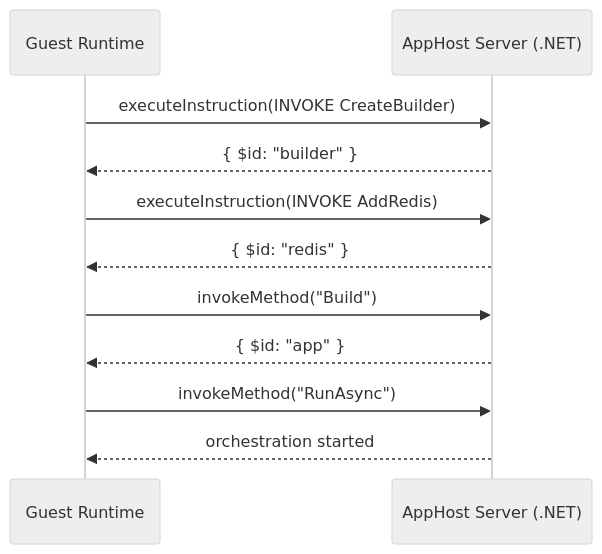
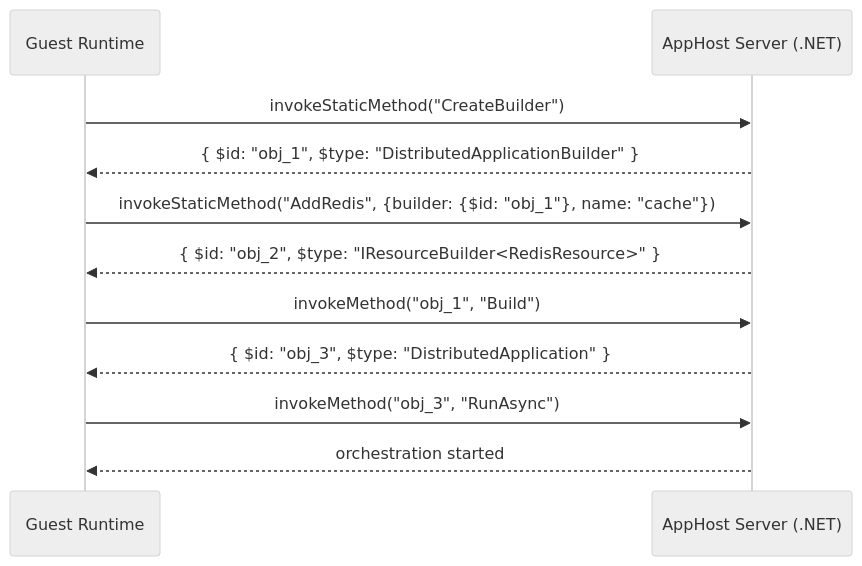
The second of 3 diagrams in docs/specs/polyglot-apphost.md (dotnet/aspire), drawn with Mermaid (neutral theme) before and after one commit. The commit also changed other lines of this file and 7 other files, not shown here.

````diff
--- a/docs/specs/polyglot-apphost.md
+++ b/docs/specs/polyglot-apphost.md
@@ -57,17 +62,17 @@
 ```mermaid
 sequenceDiagram
     participant G as Guest Runtime
     participant H as AppHost Server (.NET)
 
-    G->>H: executeInstruction(INVOKE CreateBuilder)
-    H-->>G: { $id: "builder" }
+    G->>H: invokeStaticMethod("CreateBuilder")
+    H-->>G: { $id: "obj_1", $type: "DistributedApplicationBuilder" }
 
-    G->>H: executeInstruction(INVOKE AddRedis)
-    H-->>G: { $id: "redis" }
+    G->>H: invokeStaticMethod("AddRedis", {builder: {$id: "obj_1"}, name: "cache"})
+    H-->>G: { $id: "obj_2", $type: "IResourceBuilder<RedisResource>" }
 
-    G->>H: invokeMethod("Build")
-    H-->>G: { $id: "app" }
+    G->>H: invokeMethod("obj_1", "Build")
+    H-->>G: { $id: "obj_3", $type: "DistributedApplication" }
 
-    G->>H: invokeMethod("RunAsync")
+    G->>H: invokeMethod("obj_3", "RunAsync")
     H-->>G: orchestration started
 ```
````
